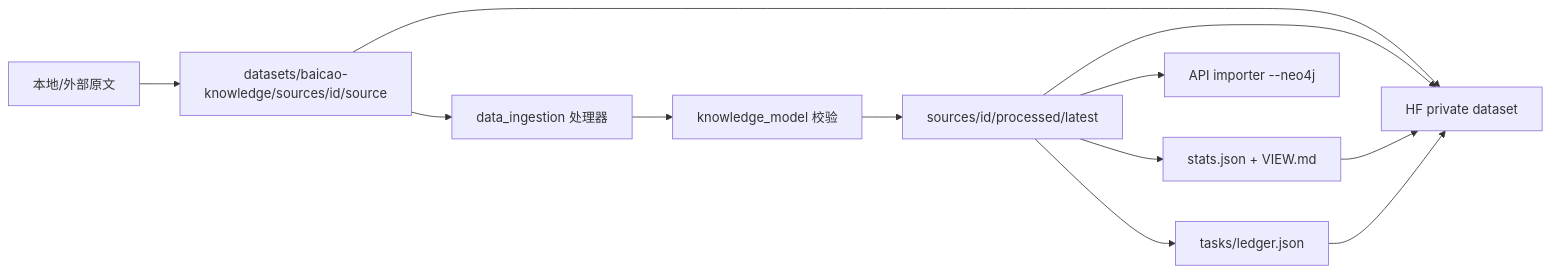
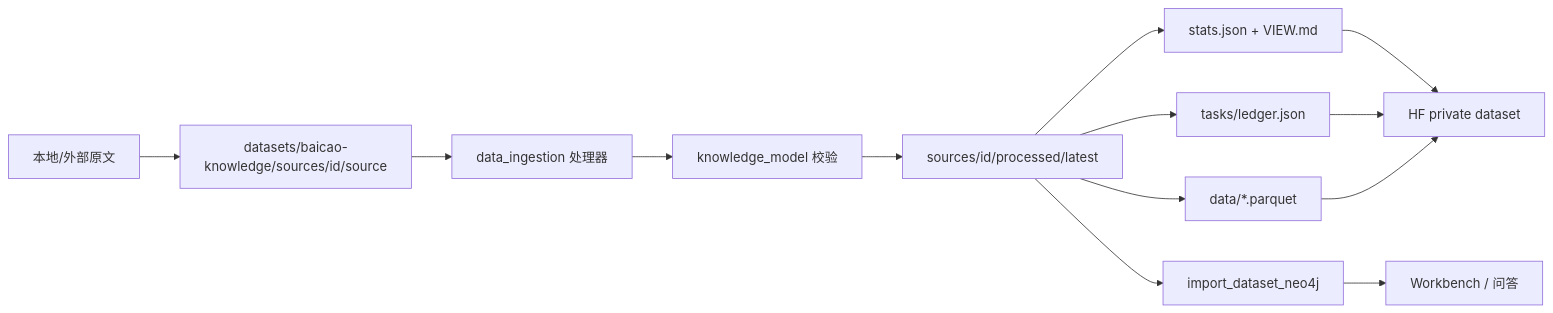
The diagram in docs/superpowers/specs/2026-08-16-baicao-knowledge-dataset-design.md (ticoAg/BaiCao), drawn with Mermaid before and after one commit. The commit also changed other lines of this file and 22 other files, not shown here.

First line of the commit message:
feat(data-ingestion): add catalog validation and private dataset publish

````diff
--- a/docs/superpowers/specs/2026-08-16-baicao-knowledge-dataset-design.md
+++ b/docs/superpowers/specs/2026-08-16-baicao-knowledge-dataset-design.md
@@ -132,14 +113,15 @@
 ```mermaid
 flowchart LR
     Raw[本地/外部原文] --> Stage[datasets/baicao-knowledge/sources/id/source]
     Stage --> Proc[data_ingestion 处理器]
     Proc --> KM[knowledge_model 校验]
     KM --> Out[sources/id/processed/latest]
     Out --> View[stats.json + VIEW.md]
     Out --> Ledger[tasks/ledger.json]
-    Stage --> HF[HF private dataset]
-    Out --> HF
-    View --> HF
+    Out --> Parquet[data/*.parquet]
+    View --> HF[HF private dataset]
     Ledger --> HF
-    Out --> Neo4j[API importer --neo4j]
+    Parquet --> HF
+    Out --> Neo4j[import_dataset_neo4j]
+    Neo4j --> UI[Workbench / 问答]
 ```
````
